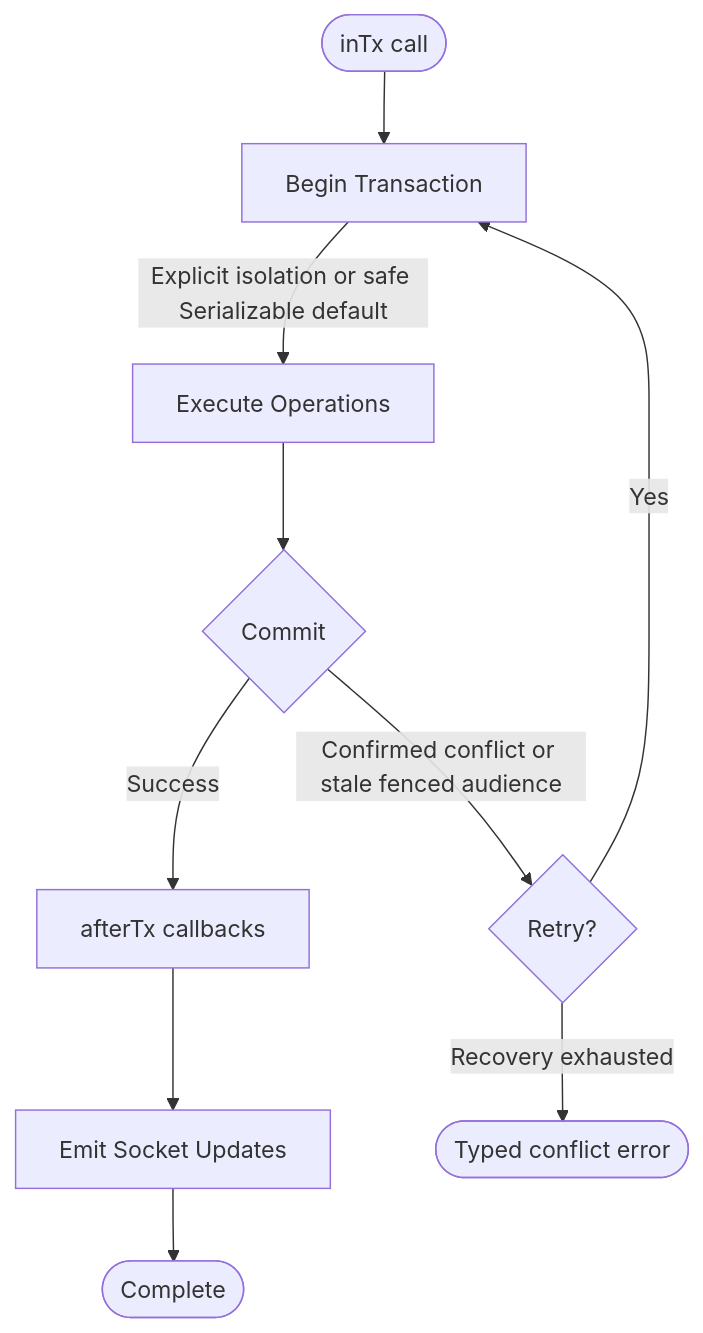
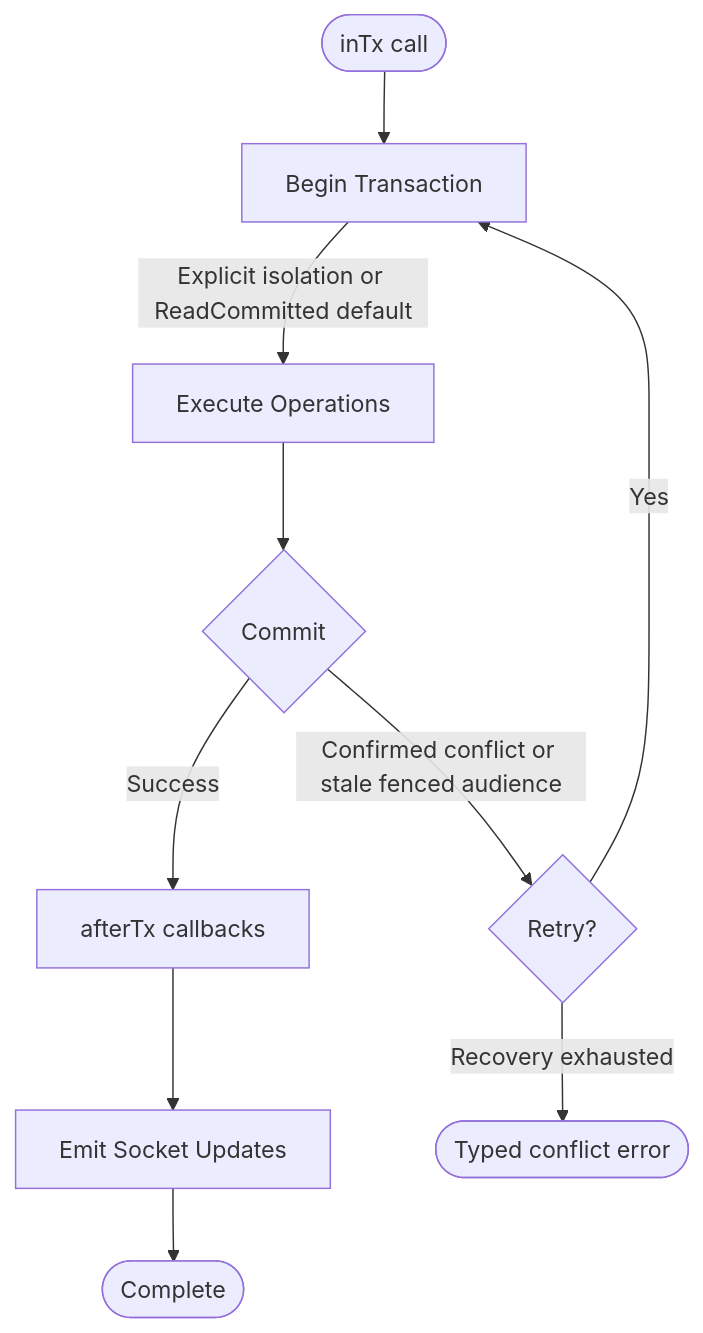
The seventh of 8 diagrams in docs/backend-architecture.md (ATCBK/happier), drawn with Mermaid before and after one commit. The commit also changed other lines of this file and 17 other files, not shown here.

First line of the commit message:
wip(architecture-docs): checkpoint architecture docs work

````diff
--- a/docs/backend-architecture.md
+++ b/docs/backend-architecture.md
@@ -338,14 +338,14 @@
 ```mermaid
 flowchart TD
     Start([inTx call]) --> Begin[Begin Transaction]
-    Begin --> |Explicit isolation or safe Serializable default| Exec[Execute Operations]
+    Begin --> |Explicit isolation or ReadCommitted default| Exec[Execute Operations]
     Exec --> Commit{Commit}
 
     Commit --> |Success| After[afterTx callbacks]
     After --> Emit[Emit Socket Updates]
     Emit --> Done([Complete])
 
     Commit --> |Confirmed conflict or stale fenced audience| Retry{Retry?}
     Retry --> |Yes| Begin
     Retry --> |Recovery exhausted| Fail([Typed conflict error])
 ```
````
